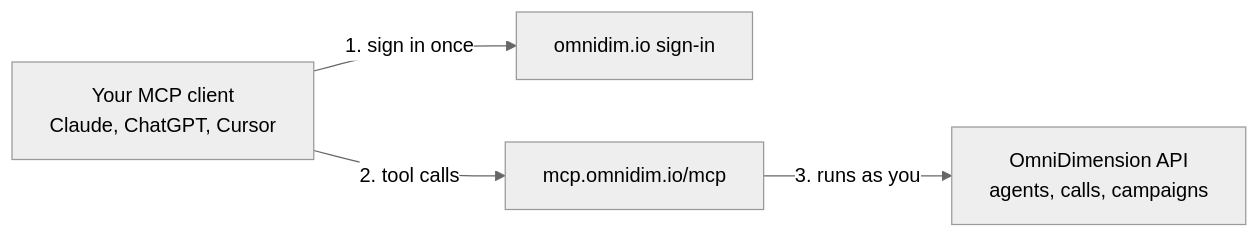
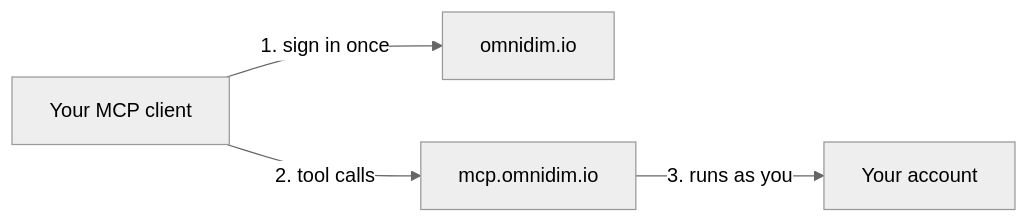
Before and after one commit to Omnidim/omnidim-mcp-cloud: the diagram in README.md, drawn with Mermaid (neutral theme).

Commit message:
docs: shorten the README diagram labels

````diff
--- a/README.md
+++ b/README.md
@@ -10,6 +10,6 @@
 ```mermaid
 flowchart LR
-  C["Your MCP client<br/>Claude, ChatGPT, Cursor"] -- "1. sign in once" --> L["omnidim.io sign-in"]
-  C -- "2. tool calls" --> M["mcp.omnidim.io/mcp"]
-  M -- "3. runs as you" --> A["OmniDimension API<br/>agents, calls, campaigns"]
+  C["Your MCP client"] -- "1. sign in once" --> L["omnidim.io"]
+  C -- "2. tool calls" --> M["mcp.omnidim.io"]
+  M -- "3. runs as you" --> A["Your account"]
 ```
````
